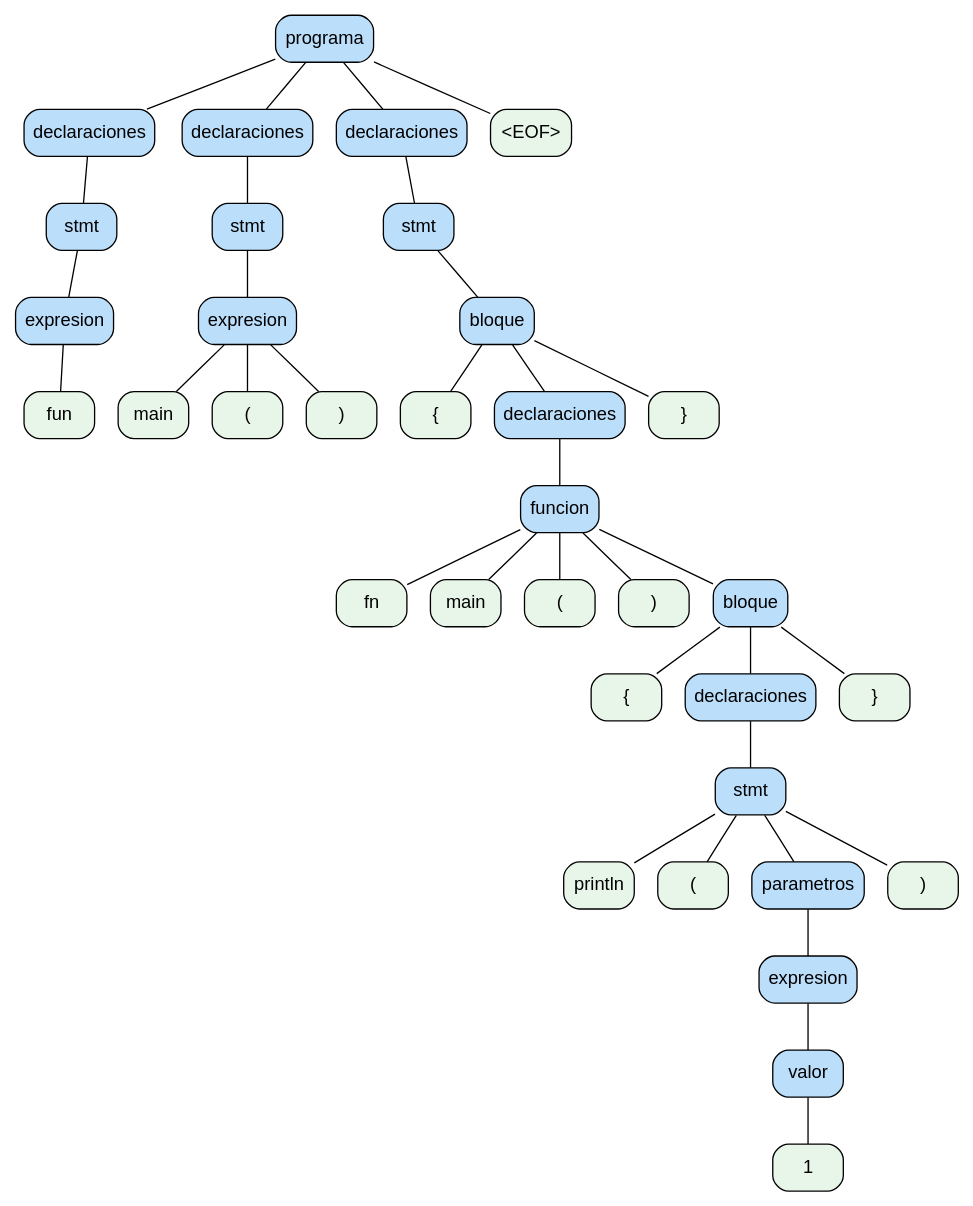
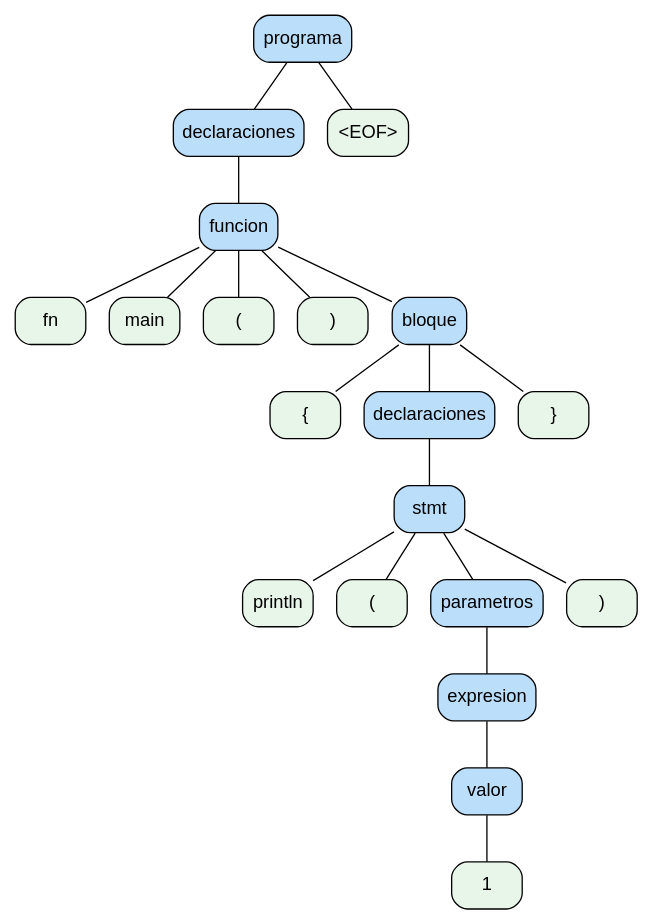
The diagram in ast.dot (YairCarrito45/-OLC2_Proyecto2_G19), drawn with Graphviz before and after one commit. The commit also changed 5 other files, not shown here.

```diff
--- a/ast.dot
+++ b/ast.dot
@@ -1,73 +1,43 @@
 digraph G {
   node [shape=box, style="rounded,filled", fontname="Arial"];
   edge [arrowhead=none];
   0 [label="programa", fillcolor="#bbdefb"];
   1 [label="declaraciones", fillcolor="#bbdefb"];
-  2 [label="stmt", fillcolor="#bbdefb"];
-  3 [label="expresion", fillcolor="#bbdefb"];
-  4 [label="fun", fillcolor="#e8f5e9"];
-  3 -> 4;
+  2 [label="funcion", fillcolor="#bbdefb"];
+  3 [label="fn", fillcolor="#e8f5e9"];
   2 -> 3;
+  4 [label="main", fillcolor="#e8f5e9"];
+  2 -> 4;
+  5 [label="(", fillcolor="#e8f5e9"];
+  2 -> 5;
+  6 [label=")", fillcolor="#e8f5e9"];
+  2 -> 6;
+  7 [label="bloque", fillcolor="#bbdefb"];
+  8 [label="{", fillcolor="#e8f5e9"];
+  7 -> 8;
+  9 [label="declaraciones", fillcolor="#bbdefb"];
+  10 [label="stmt", fillcolor="#bbdefb"];
+  11 [label="println", fillcolor="#e8f5e9"];
+  10 -> 11;
+  12 [label="(", fillcolor="#e8f5e9"];
+  10 -> 12;
+  13 [label="parametros", fillcolor="#bbdefb"];
+  14 [label="expresion", fillcolor="#bbdefb"];
+  15 [label="valor", fillcolor="#bbdefb"];
+  16 [label="1", fillcolor="#e8f5e9"];
+  15 -> 16;
+  14 -> 15;
+  13 -> 14;
+  10 -> 13;
+  17 [label=")", fillcolor="#e8f5e9"];
+  10 -> 17;
+  9 -> 10;
+  7 -> 9;
+  18 [label="}", fillcolor="#e8f5e9"];
+  7 -> 18;
+  2 -> 7;
   1 -> 2;
   0 -> 1;
-  5 [label="declaraciones", fillcolor="#bbdefb"];
-  6 [label="stmt", fillcolor="#bbdefb"];
-  7 [label="expresion", fillcolor="#bbdefb"];
-  8 [label="main", fillcolor="#e8f5e9"];
-  7 -> 8;
-  9 [label="(", fillcolor="#e8f5e9"];
-  7 -> 9;
-  10 [label=")", fillcolor="#e8f5e9"];
-  7 -> 10;
-  6 -> 7;
-  5 -> 6;
-  0 -> 5;
-  11 [label="declaraciones", fillcolor="#bbdefb"];
-  12 [label="stmt", fillcolor="#bbdefb"];
-  13 [label="bloque", fillcolor="#bbdefb"];
-  14 [label="{", fillcolor="#e8f5e9"];
-  13 -> 14;
-  15 [label="declaraciones", fillcolor="#bbdefb"];
-  16 [label="funcion", fillcolor="#bbdefb"];
-  17 [label="fn", fillcolor="#e8f5e9"];
-  16 -> 17;
-  18 [label="main", fillcolor="#e8f5e9"];
-  16 -> 18;
-  19 [label="(", fillcolor="#e8f5e9"];
-  16 -> 19;
-  20 [label=")", fillcolor="#e8f5e9"];
-  16 -> 20;
-  21 [label="bloque", fillcolor="#bbdefb"];
-  22 [label="{", fillcolor="#e8f5e9"];
-  21 -> 22;
-  23 [label="declaraciones", fillcolor="#bbdefb"];
-  24 [label="stmt", fillcolor="#bbdefb"];
-  25 [label="println", fillcolor="#e8f5e9"];
-  24 -> 25;
-  26 [label="(", fillcolor="#e8f5e9"];
-  24 -> 26;
-  27 [label="parametros", fillcolor="#bbdefb"];
-  28 [label="expresion", fillcolor="#bbdefb"];
-  29 [label="valor", fillcolor="#bbdefb"];
-  30 [label="1", fillcolor="#e8f5e9"];
-  29 -> 30;
-  28 -> 29;
-  27 -> 28;
-  24 -> 27;
-  31 [label=")", fillcolor="#e8f5e9"];
-  24 -> 31;
-  23 -> 24;
-  21 -> 23;
-  32 [label="}", fillcolor="#e8f5e9"];
-  21 -> 32;
-  16 -> 21;
-  15 -> 16;
-  13 -> 15;
-  33 [label="}", fillcolor="#e8f5e9"];
-  13 -> 33;
-  12 -> 13;
-  11 -> 12;
-  0 -> 11;
-  34 [label="<EOF>", fillcolor="#e8f5e9"];
-  0 -> 34;
+  19 [label="<EOF>", fillcolor="#e8f5e9"];
+  0 -> 19;
 }
```
